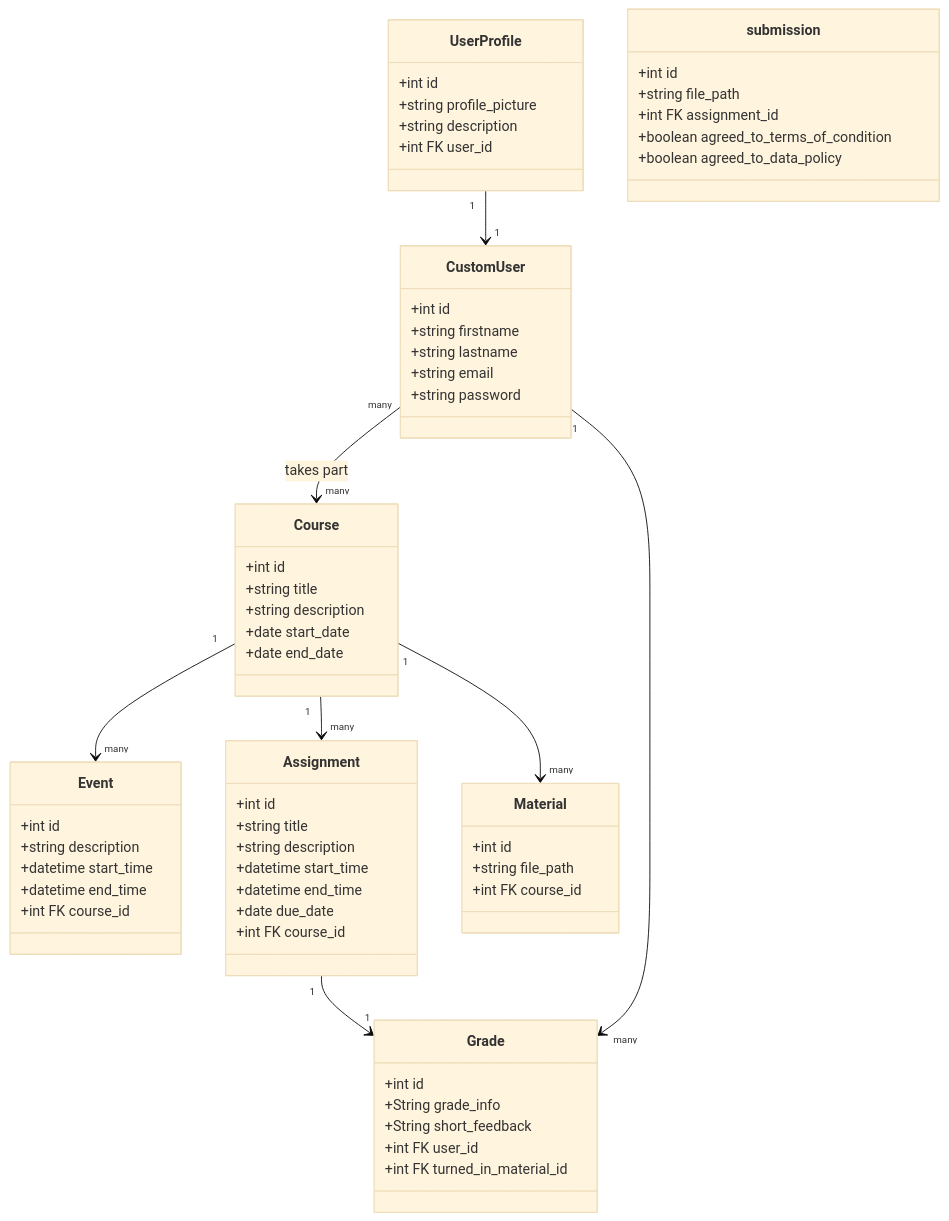
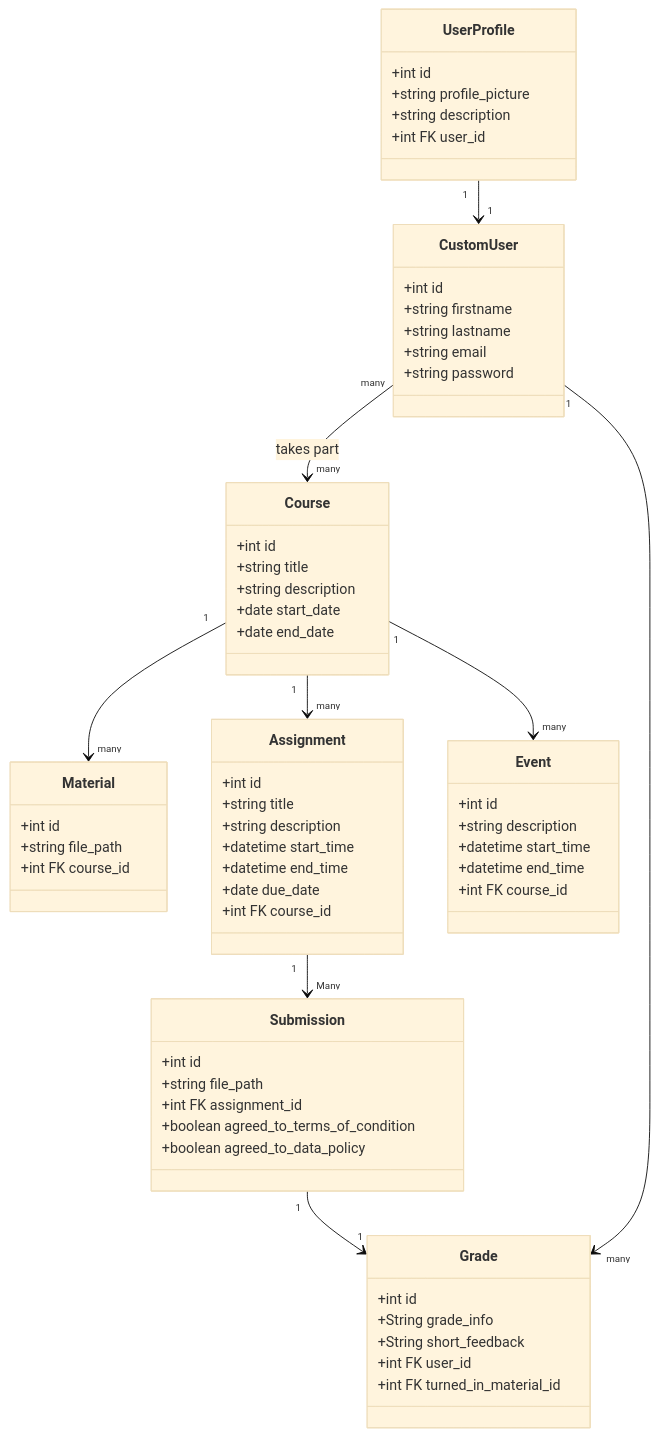
One commit to Johann110/Studurizer-Fallstudie-Software-Engineering changed the diagram in Systemdokumentation/Architektur/Datenmodell/Datenbankmodell.md. Above: the diagram before and after it, drawn with Mermaid (base theme).

````diff
--- a/Systemdokumentation/Architektur/Datenmodell/Datenbankmodell.md
+++ b/Systemdokumentation/Architektur/Datenmodell/Datenbankmodell.md
@@ -3,76 +3,78 @@
 ```mermaid 
 classDiagram
    class Course {
         +int id
         +string title
         +string description
         +date start_date
         +date end_date
     }
 
     class CustomUser {
         +int id
         +string firstname
         +string lastname
         +string email
         +string password
     }
     
     class UserProfile {
         +int id
         +string profile_picture
         +string description
         +int FK user_id
     }
 
    class Event {
         +int id
         +string description
         +datetime start_time
         +datetime end_time
         +int FK course_id
     }
 
     class Assignment {
         +int id
         +string title
         +string description
         +datetime start_time
         +datetime end_time
         +date due_date
         +int FK course_id
     }
 
     class Material {
         +int id
         +string file_path
         +int FK course_id
     }
 
-   class submission {
+   class Submission {
         +int id
         +string file_path
         +int FK assignment_id
         +boolean agreed_to_terms_of_condition
         +boolean agreed_to_data_policy 
     }
 
     class Grade {
         +int id
         +String grade_info
         +String short_feedback
         +int FK user_id
         +int FK turned_in_material_id
     }
     
 
 
     %% Beziehungen
     CustomUser "many" --> "many" Course : takes part
     Course "1" --> "many" Material
     Course "1" --> "many" Assignment
     Course "1" --> "many" Event
-    Assignment "1" --> "1" Grade
+
     CustomUser "1" --> "many" Grade
     UserProfile "1" --> "1" CustomUser
+    Assignment "1" --> "Many" Submission
+    Submission "1" --> "1" Grade
 ```
````
